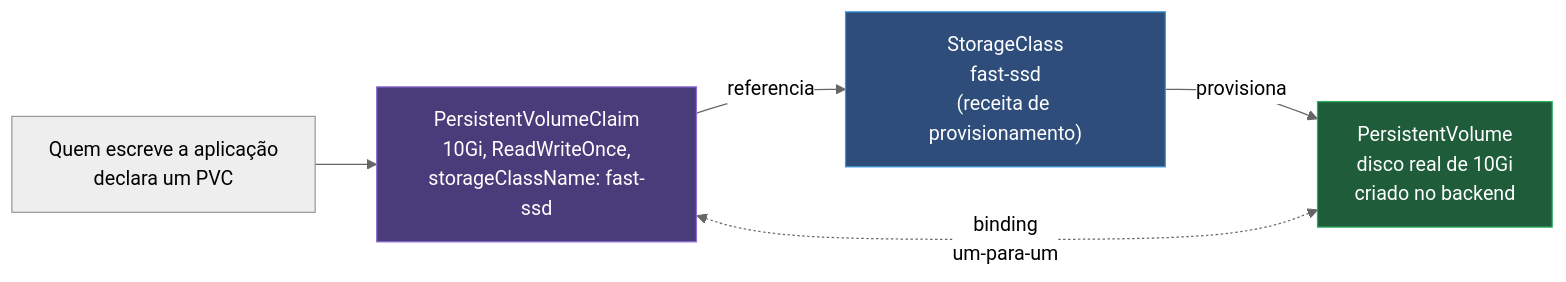
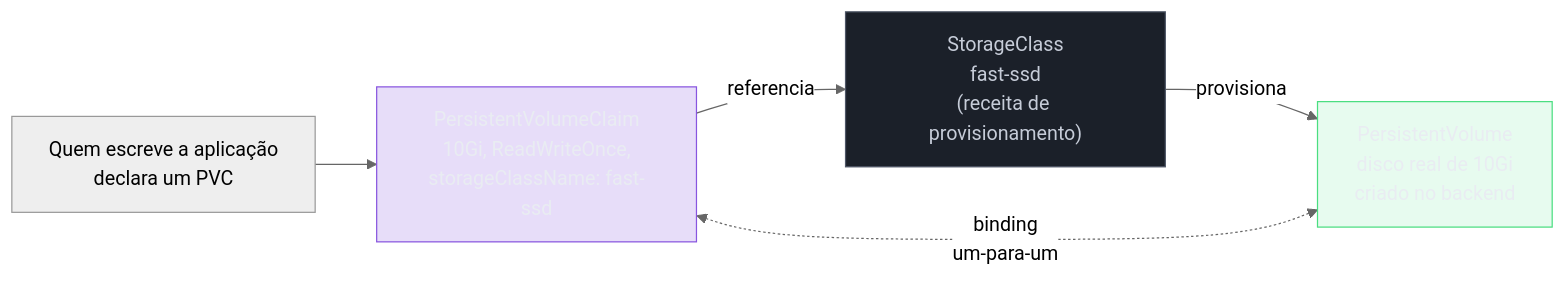
One commit to josenaldo/codex-technomanticus changed the diagram in 03-Dominios/Tecnologia/Infraestrutura/Kubernetes/09 - Armazenamento.md. Above: the diagram before and after it, drawn with Mermaid (neutral theme). The commit also changed 1181 other files, not shown here.

First line of the commit message:
fix(diagramas): paleta do sistema no lugar de cor cravada no markdown

````diff
--- a/03-Dominios/Tecnologia/Infraestrutura/Kubernetes/09 - Armazenamento.md
+++ b/03-Dominios/Tecnologia/Infraestrutura/Kubernetes/09 - Armazenamento.md
@@ -45,11 +45,14 @@
 ```mermaid
 graph LR
+    classDef marca fill:#8855DF33,stroke:#8855DF,color:#E9ECF2
+    classDef neutro fill:#1B2029,stroke:#4E5666,color:#C6CCD8
+    classDef ok fill:#4ADE8021,stroke:#4ADE80,color:#E9ECF2
     Dev["Quem escreve a aplicação<br/>declara um PVC"] --> PVC["PersistentVolumeClaim<br/>10Gi, ReadWriteOnce,<br/>storageClassName: fast-ssd"]
     PVC -->|"referencia"| SC["StorageClass<br/>fast-ssd<br/>(receita de provisionamento)"]
     SC -->|"provisiona"| PV["PersistentVolume<br/>disco real de 10Gi<br/>criado no backend"]
     PVC <-.->|"binding<br/>um-para-um"| PV
 
-    style PVC fill:#4a3b7a,stroke:#8e6fd6,color:#fff
-    style SC fill:#2e4d7a,stroke:#3498db,color:#fff
-    style PV fill:#1e5c3a,stroke:#27ae60,color:#fff
+    class PVC marca
+    class SC neutro
+    class PV ok
 ```
````
